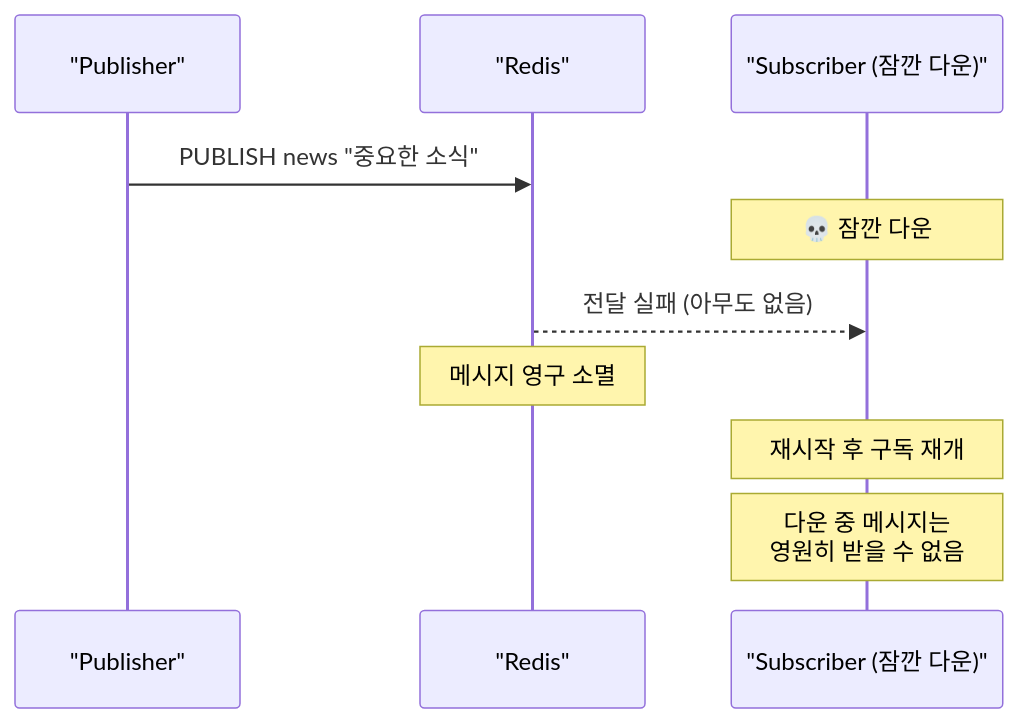
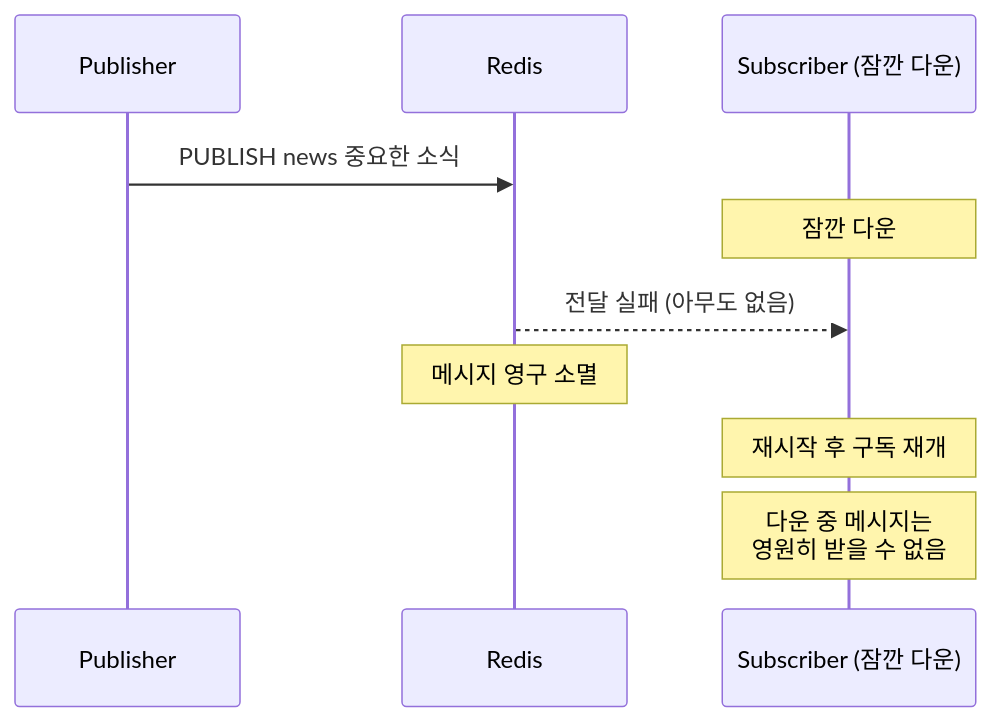
Before and after one commit to yjkim2015/yjkim2015.github.io: the third of 3 diagrams in _posts/redis/2026-05-01-redis-pubsub.md, drawn with Mermaid. The commit also changed other lines of this file and 60 other files, not shown here.

First line of the commit message:
sequenceDiagram 문법 에러 수정 92개

````diff
--- a/_posts/redis/2026-05-01-redis-pubsub.md
+++ b/_posts/redis/2026-05-01-redis-pubsub.md
@@ -258,12 +258,12 @@
 ```mermaid
 sequenceDiagram
-    participant P as "Publisher"
-    participant R as "Redis"
-    participant S as "Subscriber (잠깐 다운)"
-    P->>R: PUBLISH news "중요한 소식"
-    Note over S: 💀 잠깐 다운
+    participant P as Publisher
+    participant R as Redis
+    participant S as Subscriber (잠깐 다운)
+    P->>R: PUBLISH news 중요한 소식
+    Note over S:  잠깐 다운
     R-->>S: 전달 실패 (아무도 없음)
     Note over R: 메시지 영구 소멸
     Note over S: 재시작 후 구독 재개
     Note over S: 다운 중 메시지는<br>영원히 받을 수 없음
 ```
````
